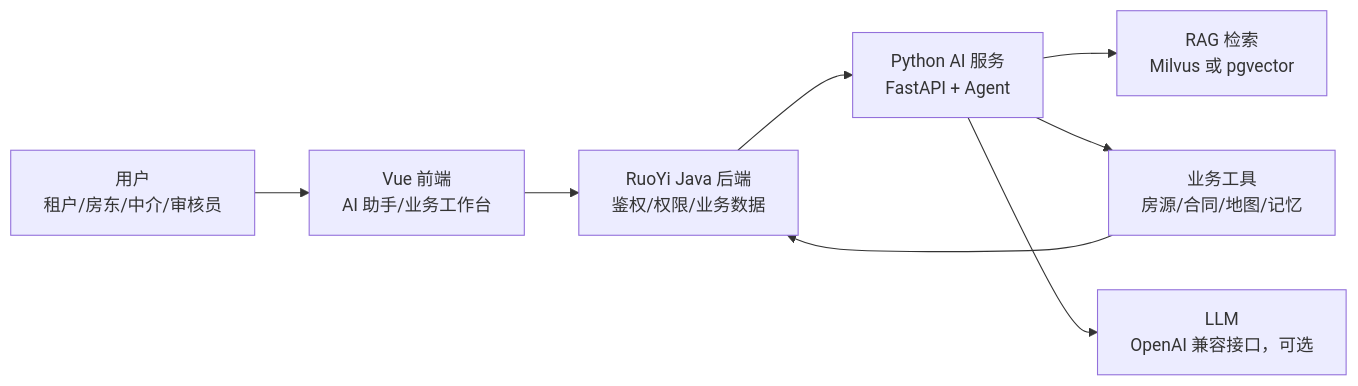
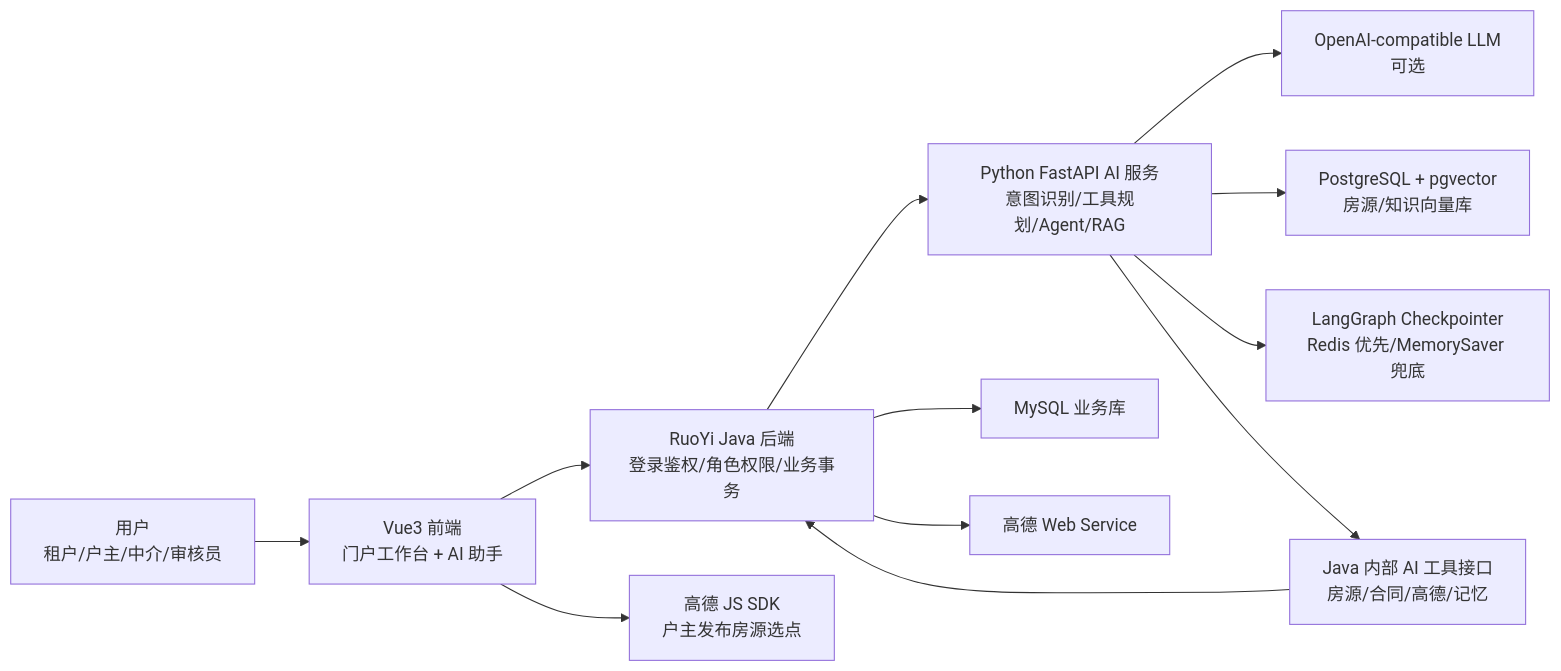
The first of 3 diagrams in docs/ai-logic-and-implementation.md (zhijij/zhuf), drawn with Mermaid before and after one commit. The commit also changed other lines of this file and 2 other files, not shown here.

````diff
--- a/docs/ai-logic-and-implementation.md
+++ b/docs/ai-logic-and-implementation.md
@@ -7,10 +7,14 @@
 ```mermaid
 flowchart LR
-    U["用户<br/>租户/房东/中介/审核员"] --> V["Vue 前端<br/>AI 助手/业务工作台"]
-    V --> J["RuoYi Java 后端<br/>鉴权/权限/业务数据"]
-    J --> P["Python AI 服务<br/>FastAPI + Agent"]
-    P --> R["RAG 检索<br/>Milvus 或 pgvector"]
-    P --> T["业务工具<br/>房源/合同/地图/记忆"]
-    P --> L["LLM<br/>OpenAI 兼容接口，可选"]
-    T --> J
+    U["用户<br/>租户/户主/中介/审核员"] --> FE["Vue3 前端<br/>门户工作台 + AI 助手"]
+    FE --> BE["RuoYi Java 后端<br/>登录鉴权/角色权限/业务事务"]
+    BE --> AI["Python FastAPI AI 服务<br/>意图识别/工具规划/Agent/RAG"]
+    AI --> LLM["OpenAI-compatible LLM<br/>可选"]
+    AI --> VDB["PostgreSQL + pgvector<br/>房源/知识向量库"]
+    AI --> LG["LangGraph Checkpointer<br/>Redis 优先/MemorySaver 兜底"]
+    AI --> TOOL["Java 内部 AI 工具接口<br/>房源/合同/高德/记忆"]
+    TOOL --> BE
+    BE --> MYSQL["MySQL 业务库"]
+    BE --> AMAP["高德 Web Service"]
+    FE --> AMAPJS["高德 JS SDK<br/>户主发布房源选点"]
 ```
````
